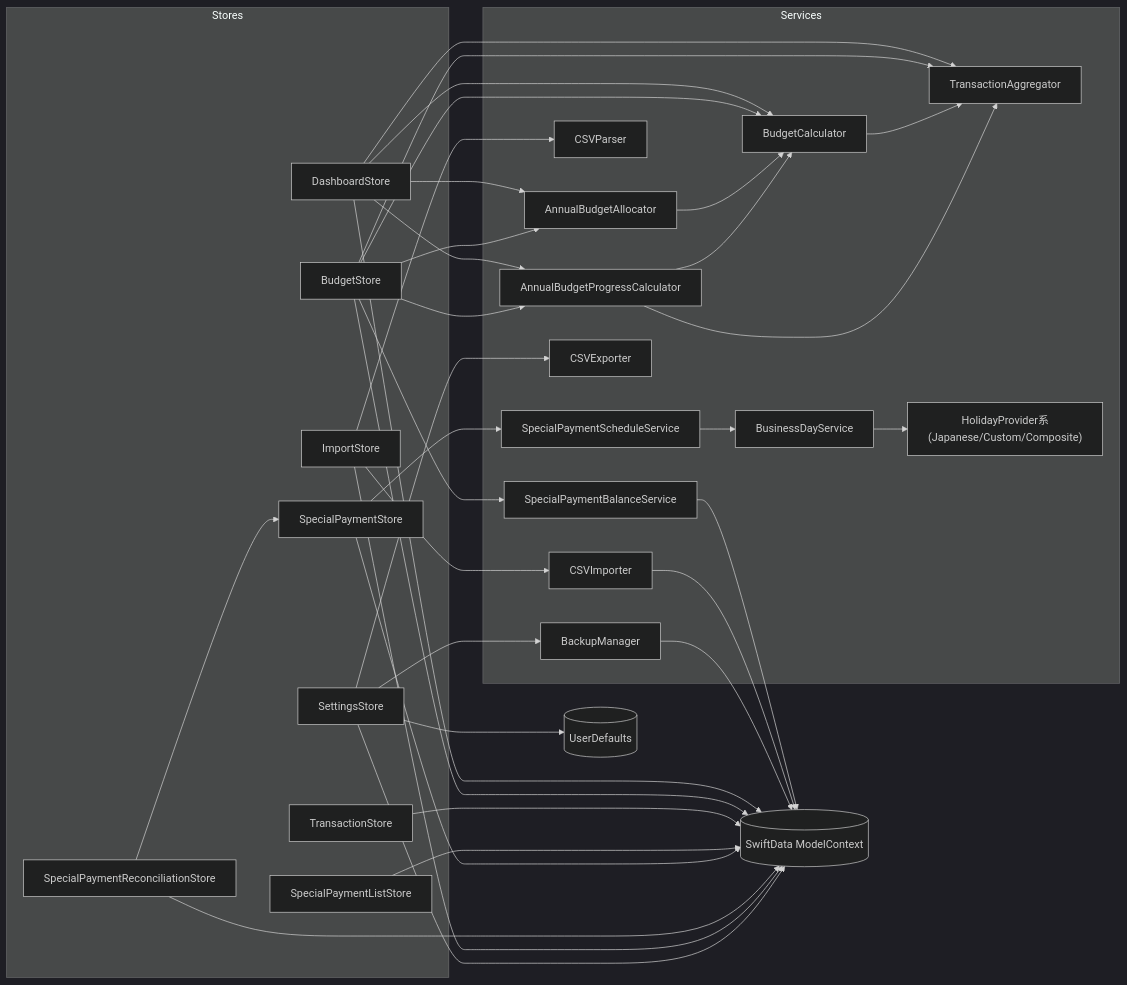
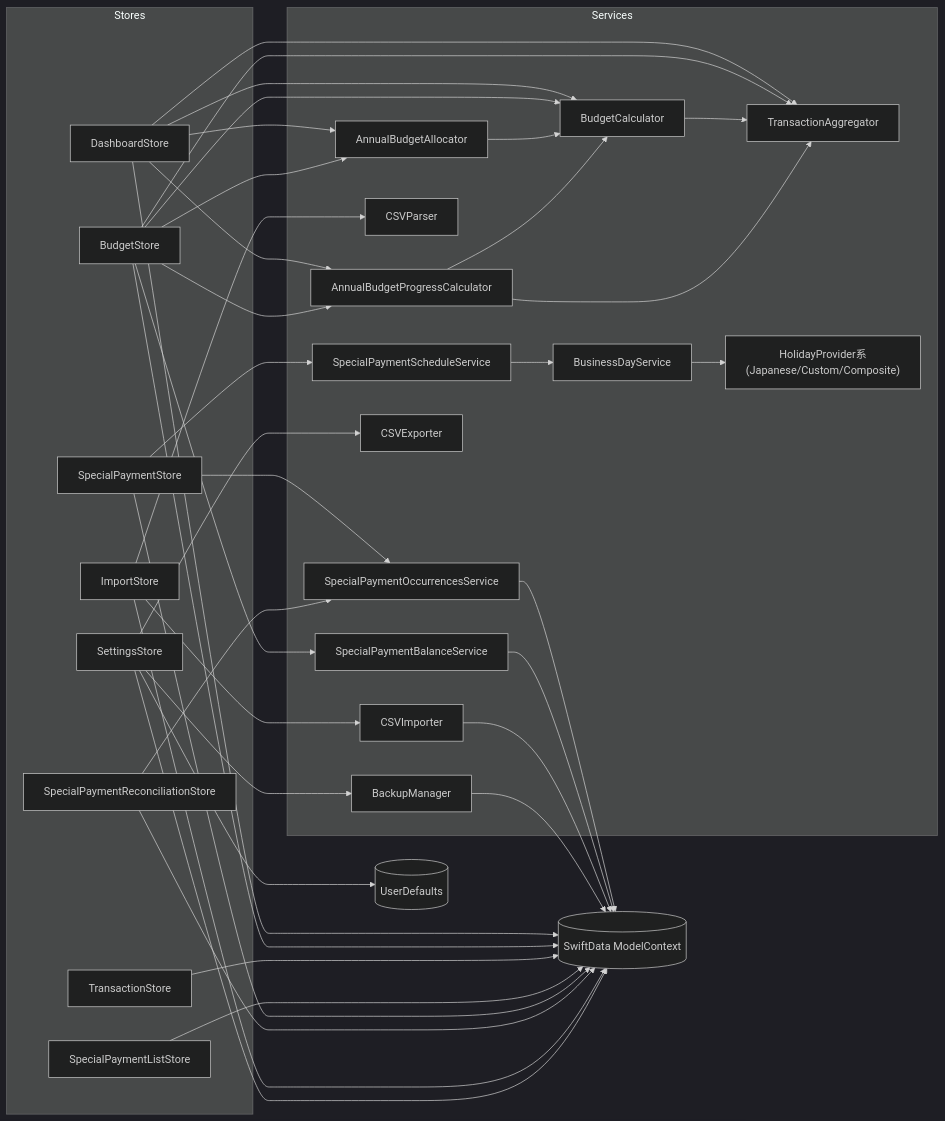
One commit to Warashi/macos-kakeibo changed the diagram in docs/refactoring/dependency-graph.md. Above: the diagram before and after it, drawn with Mermaid (dark theme). The commit also changed other lines of this file and 3 other files, not shown here.

Commit message:
refactor(reconciliation): inject occurrences service

````diff
--- a/docs/refactoring/dependency-graph.md
+++ b/docs/refactoring/dependency-graph.md
@@ -10,74 +10,77 @@
 ```mermaid
 flowchart LR
     subgraph Stores
         DashboardStore
         BudgetStore
         TransactionStore
         SpecialPaymentStore
         SpecialPaymentReconciliationStore
         SpecialPaymentListStore
         ImportStore
         SettingsStore
     end
 
     subgraph Services
         TransactionAggregator
         BudgetCalculator
         AnnualBudgetAllocator
         AnnualBudgetProgressCalculator
         SpecialPaymentScheduleService
         SpecialPaymentBalanceService
+        SpecialPaymentOccurrencesService
         CSVParser
         CSVImporter
         BackupManager
         CSVExporter
         BusinessDayService
         HolidayProviders["HolidayProvider系\n(Japanese/Custom/Composite)"]
     end
 
     ModelContext[(SwiftData ModelContext)]
     UserDefaults[(UserDefaults)]
 
     DashboardStore --> ModelContext
     DashboardStore --> TransactionAggregator
     DashboardStore --> BudgetCalculator
     DashboardStore --> AnnualBudgetAllocator
     DashboardStore --> AnnualBudgetProgressCalculator
 
     BudgetStore --> ModelContext
     BudgetStore --> TransactionAggregator
     BudgetStore --> BudgetCalculator
     BudgetStore --> AnnualBudgetAllocator
     BudgetStore --> AnnualBudgetProgressCalculator
     BudgetStore --> SpecialPaymentBalanceService
 
     TransactionStore --> ModelContext
     SpecialPaymentListStore --> ModelContext
 
     SpecialPaymentStore --> ModelContext
     SpecialPaymentStore --> SpecialPaymentScheduleService
+    SpecialPaymentStore --> SpecialPaymentOccurrencesService
 
     SpecialPaymentReconciliationStore --> ModelContext
-    SpecialPaymentReconciliationStore --> SpecialPaymentStore
+    SpecialPaymentReconciliationStore --> SpecialPaymentOccurrencesService
+    SpecialPaymentOccurrencesService --> ModelContext
 
     ImportStore --> ModelContext
     ImportStore --> CSVParser
     ImportStore --> CSVImporter
 
     SettingsStore --> ModelContext
     SettingsStore --> BackupManager
     SettingsStore --> CSVExporter
     SettingsStore --> UserDefaults
 
     SpecialPaymentBalanceService --> ModelContext
     CSVImporter --> ModelContext
     BackupManager --> ModelContext
 
     SpecialPaymentScheduleService --> BusinessDayService
     BusinessDayService --> HolidayProviders
 
     BudgetCalculator --> TransactionAggregator
     AnnualBudgetAllocator --> BudgetCalculator
     AnnualBudgetProgressCalculator --> TransactionAggregator
     AnnualBudgetProgressCalculator --> BudgetCalculator
 ```
````
